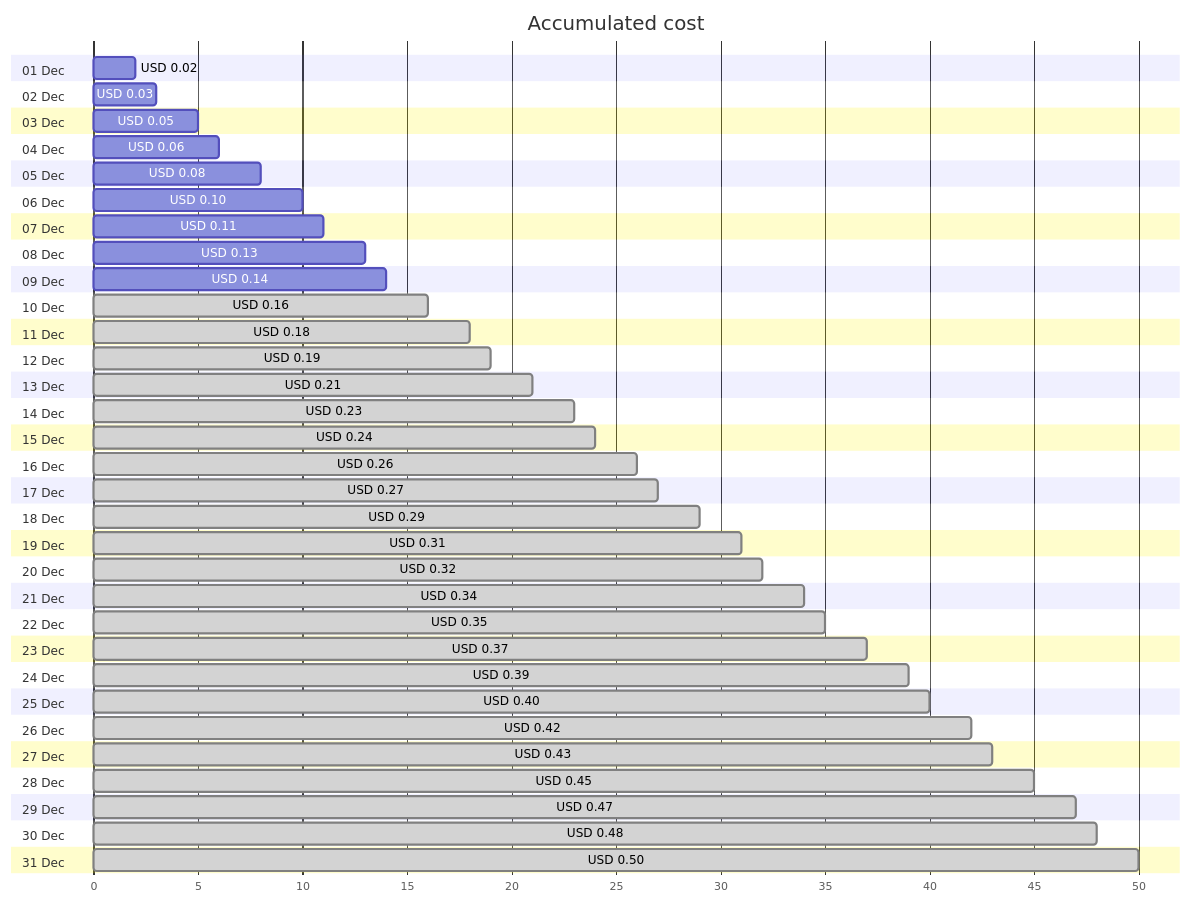
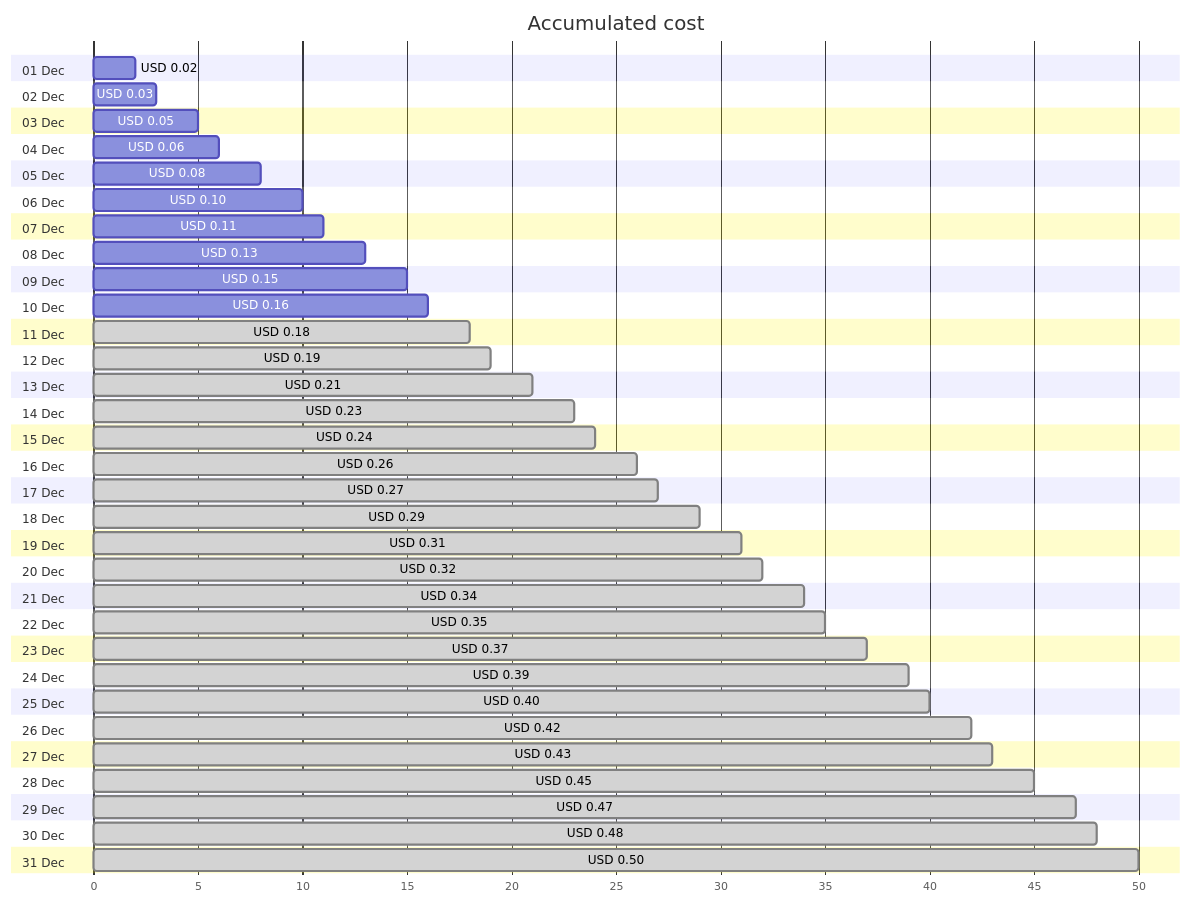
The first of 4 diagrams in cost-reports/personal-network/private.jpatrickfulton.com.md (jpfulton/azure-personal-reports), drawn with Mermaid before and after one commit. The commit also changed other lines of this file and 8 other files, not shown here.

````diff
--- a/cost-reports/personal-network/private.jpatrickfulton.com.md
+++ b/cost-reports/personal-network/private.jpatrickfulton.com.md
@@ -20,68 +20,68 @@
 ```mermaid
 gantt
    title Accumulated cost
    dateFormat  X
    axisFormat %s
    section 01 Dec
    USD 0.02 :0, 2
    section 02 Dec
    USD 0.03 :0, 3
    section 03 Dec
    USD 0.05 :0, 5
    section 04 Dec
    USD 0.06 :0, 6
    section 05 Dec
    USD 0.08 :0, 8
    section 06 Dec
    USD 0.10 :0, 10
    section 07 Dec
    USD 0.11 :0, 11
    section 08 Dec
    USD 0.13 :0, 13
    section 09 Dec
-   USD 0.14 :0, 14
+   USD 0.15 :0, 15
    section 10 Dec
-   USD 0.16 : done, 0, 16
+   USD 0.16 :0, 16
    section 11 Dec
    USD 0.18 : done, 0, 18
    section 12 Dec
    USD 0.19 : done, 0, 19
    section 13 Dec
    USD 0.21 : done, 0, 21
    section 14 Dec
    USD 0.23 : done, 0, 23
    section 15 Dec
    USD 0.24 : done, 0, 24
    section 16 Dec
    USD 0.26 : done, 0, 26
    section 17 Dec
    USD 0.27 : done, 0, 27
    section 18 Dec
    USD 0.29 : done, 0, 29
    section 19 Dec
    USD 0.31 : done, 0, 31
    section 20 Dec
    USD 0.32 : done, 0, 32
    section 21 Dec
    USD 0.34 : done, 0, 34
    section 22 Dec
    USD 0.35 : done, 0, 35
    section 23 Dec
    USD 0.37 : done, 0, 37
    section 24 Dec
    USD 0.39 : done, 0, 39
    section 25 Dec
    USD 0.40 : done, 0, 40
    section 26 Dec
    USD 0.42 : done, 0, 42
    section 27 Dec
    USD 0.43 : done, 0, 43
    section 28 Dec
    USD 0.45 : done, 0, 45
    section 29 Dec
    USD 0.47 : done, 0, 47
    section 30 Dec
    USD 0.48 : done, 0, 48
    section 31 Dec
    USD 0.50 : done, 0, 50
 ```
````
